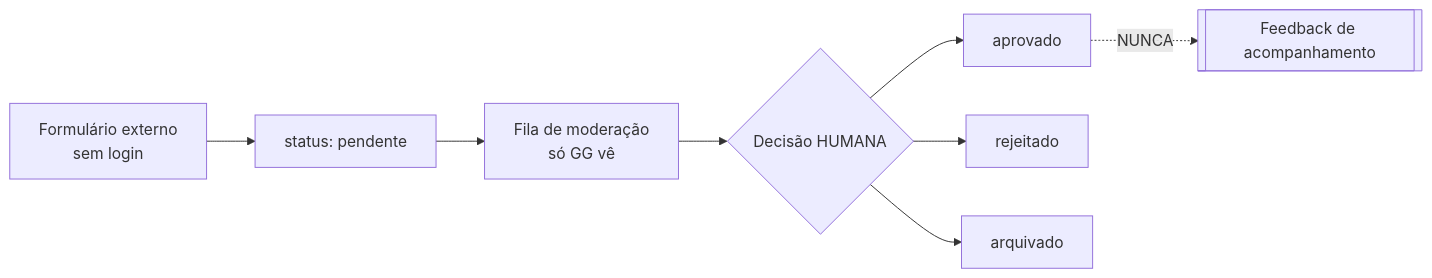
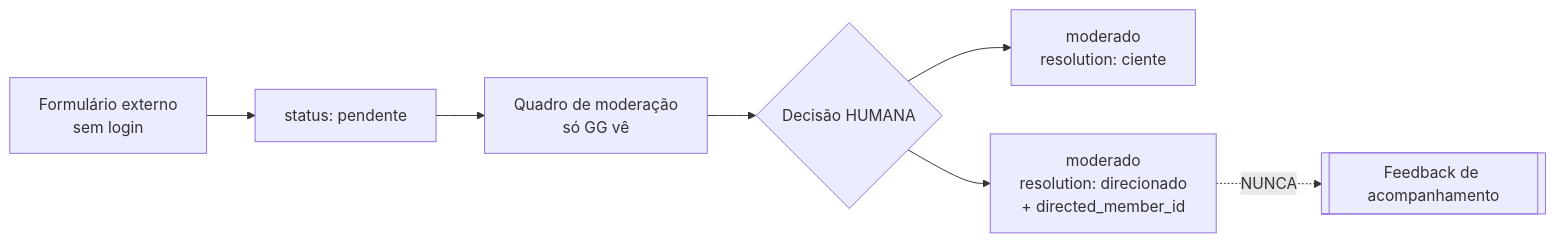
One commit to Caukugo/citi-pessoas changed the third of 3 diagrams in docs/DATA_MODEL.md. Above: the diagram before and after it, drawn with Mermaid. The commit also changed other lines of this file and 44 other files, not shown here.

````diff
--- a/docs/DATA_MODEL.md
+++ b/docs/DATA_MODEL.md
@@ -285,10 +287,9 @@
 ```mermaid
 flowchart LR
     A[Formulário externo<br/>sem login] --> B[status: pendente]
-    B --> C[Fila de moderação<br/>só GG vê]
+    B --> C[Quadro de moderação<br/>só GG vê]
     C --> D{Decisão HUMANA}
-    D --> E[aprovado]
-    D --> F[rejeitado]
-    D --> G[arquivado]
-    E -.->|NUNCA| H[["Feedback de acompanhamento"]]
+    D --> E["moderado<br/>resolution: ciente"]
+    D --> F["moderado<br/>resolution: direcionado<br/>+ directed_member_id"]
+    F -.->|NUNCA| H[["Feedback de acompanhamento"]]
 ```
````
